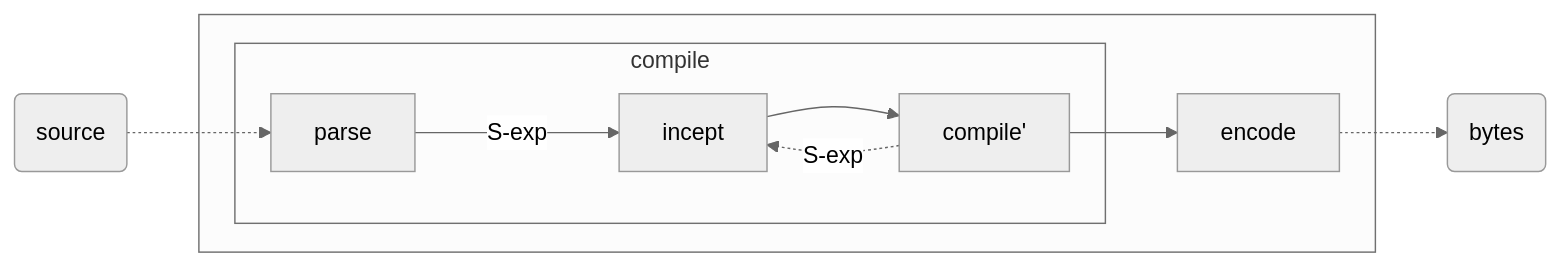
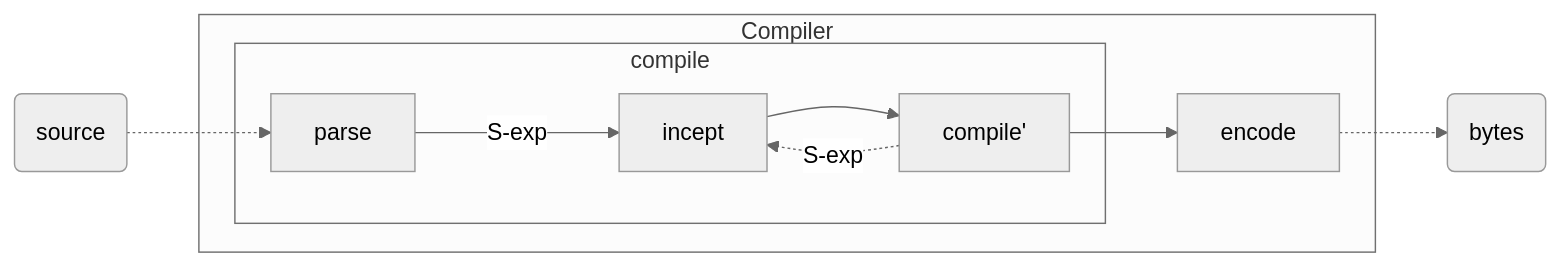
One commit to raviqqe/doc changed the diagram in slides/papers/stak-scheme/eval.mmd. Above: the diagram before and after it, drawn with Mermaid (neutral theme). The commit also changed 1 other file, not shown here.

```diff
--- a/slides/papers/stak-scheme/eval.mmd
+++ b/slides/papers/stak-scheme/eval.mmd
@@ -1,14 +1,14 @@
 flowchart LR
   d0(source) -.-> c1
 
-  subgraph s0[ ]
+  subgraph s0[Compiler]
     subgraph s1[compile]
       c1[parse] --->|S-exp| c2[incept]:::red --> c3[compile']:::blue
 
       c3 -.->|S-exp| c2
     end
 
     c3 --> c4[encode]
   end
 
   c4 -.-> d1(bytes)
```
